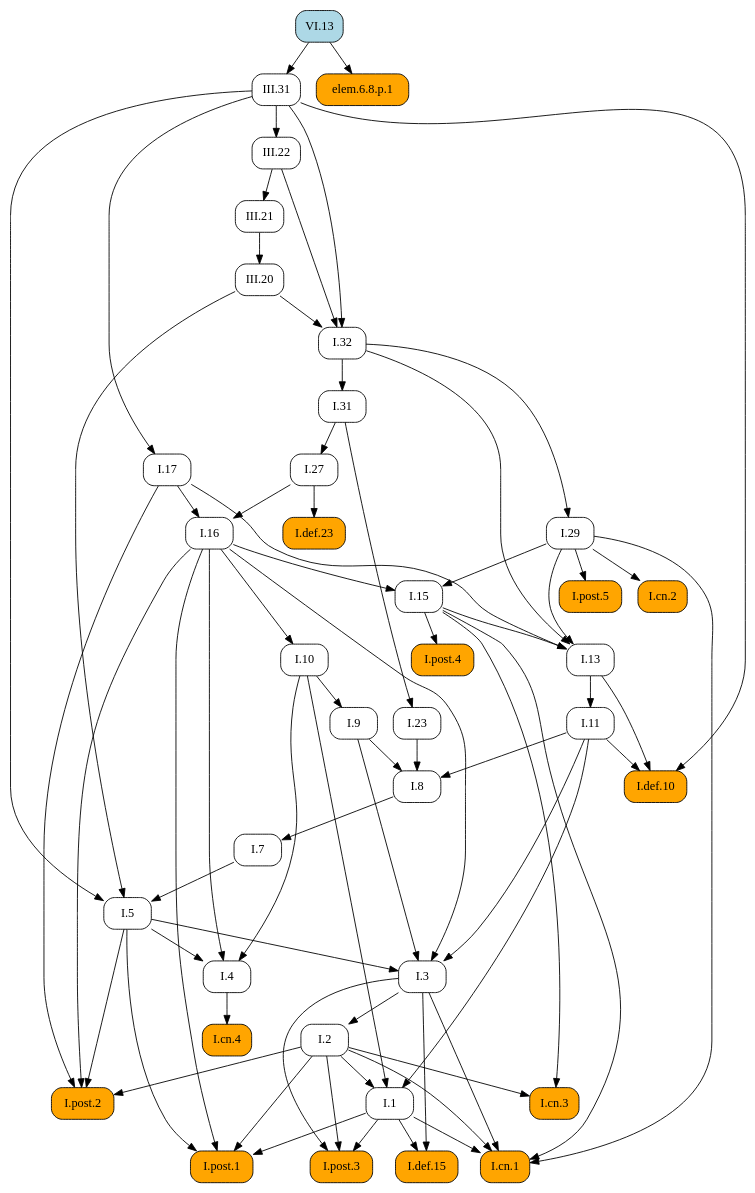
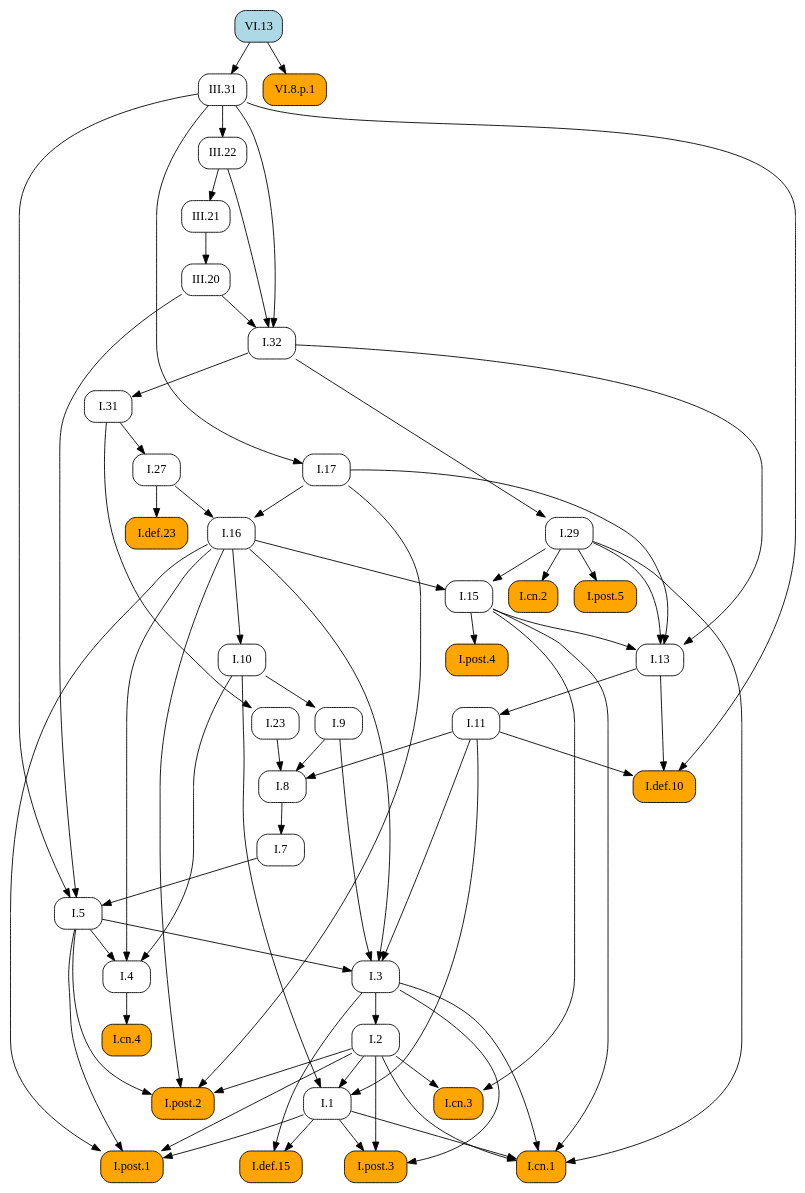
Before and after one commit to geometor/elements: the diagram in docsrc/heath/VI/13/index.rst, drawn with Graphviz. The commit also changed other lines of this file and 484 other files, not shown here.

```diff
--- a/docsrc/heath/VI/13/index.rst
+++ b/docsrc/heath/VI/13/index.rst
@@ -37,111 +37,111 @@
    digraph {
      rankdir="TB";
      node [shape=box, style=rounded];
-     "I.def.10" [style="rounded,filled", fillcolor=orange, URL="/heath/I/def.10/", target="_top"];
-     "I.11" [URL="/heath/I/11/", target="_top"];
-     "I.post.4" [style="rounded,filled", fillcolor=orange, URL="/heath/I/post.4/", target="_top"];
-     "I.1" [URL="/heath/I/1/", target="_top"];
-     "I.29" [URL="/heath/I/29/", target="_top"];
-     "III.20" [URL="/heath/III/20/", target="_top"];
-     "I.cn.2" [style="rounded,filled", fillcolor=orange, URL="/heath/I/cn.2/", target="_top"];
-     "III.31" [URL="/heath/III/31/", target="_top"];
+     "I.23" [URL="/heath/I/23/", target="_top"];
+     "I.9" [URL="/heath/I/9/", target="_top"];
+     "I.32" [URL="/heath/I/32/", target="_top"];
      "I.def.15" [style="rounded,filled", fillcolor=orange, URL="/heath/I/def.15/", target="_top"];
      "I.post.3" [style="rounded,filled", fillcolor=orange, URL="/heath/I/post.3/", target="_top"];
+     "I.post.1" [style="rounded,filled", fillcolor=orange, URL="/heath/I/post.1/", target="_top"];
+     "III.20" [URL="/heath/III/20/", target="_top"];
+     "I.31" [URL="/heath/I/31/", target="_top"];
+     "III.22" [URL="/heath/III/22/", target="_top"];
+     "I.def.10" [style="rounded,filled", fillcolor=orange, URL="/heath/I/def.10/", target="_top"];
+     "VI.8.p.1" [style="rounded,filled", fillcolor=orange];
+     "VI.13" [style="rounded,filled", fillcolor=lightblue, URL="/heath/VI/13/", target="_top"];
+     "I.27" [URL="/heath/I/27/", target="_top"];
+     "I.3" [URL="/heath/I/3/", target="_top"];
      "I.cn.1" [style="rounded,filled", fillcolor=orange, URL="/heath/I/cn.1/", target="_top"];
+     "I.7" [URL="/heath/I/7/", target="_top"];
+     "I.2" [URL="/heath/I/2/", target="_top"];
+     "I.13" [URL="/heath/I/13/", target="_top"];
+     "I.post.4" [style="rounded,filled", fillcolor=orange, URL="/heath/I/post.4/", target="_top"];
+     "I.4" [URL="/heath/I/4/", target="_top"];
+     "I.1" [URL="/heath/I/1/", target="_top"];
+     "I.5" [URL="/heath/I/5/", target="_top"];
+     "I.17" [URL="/heath/I/17/", target="_top"];
+     "I.8" [URL="/heath/I/8/", target="_top"];
+     "I.29" [URL="/heath/I/29/", target="_top"];
      "I.cn.3" [style="rounded,filled", fillcolor=orange, URL="/heath/I/cn.3/", target="_top"];
-     "I.23" [URL="/heath/I/23/", target="_top"];
-     "I.post.1" [style="rounded,filled", fillcolor=orange, URL="/heath/I/post.1/", target="_top"];
-     "I.27" [URL="/heath/I/27/", target="_top"];
-     "I.7" [URL="/heath/I/7/", target="_top"];
-     "I.3" [URL="/heath/I/3/", target="_top"];
-     "I.2" [URL="/heath/I/2/", target="_top"];
-     "I.4" [URL="/heath/I/4/", target="_top"];
+     "I.16" [URL="/heath/I/16/", target="_top"];
+     "III.31" [URL="/heath/III/31/", target="_top"];
+     "I.15" [URL="/heath/I/15/", target="_top"];
+     "I.10" [URL="/heath/I/10/", target="_top"];
+     "I.11" [URL="/heath/I/11/", target="_top"];
      "I.def.23" [style="rounded,filled", fillcolor=orange, URL="/heath/I/def.23/", target="_top"];
-     "I.13" [URL="/heath/I/13/", target="_top"];
-     "I.17" [URL="/heath/I/17/", target="_top"];
+     "I.cn.2" [style="rounded,filled", fillcolor=orange, URL="/heath/I/cn.2/", target="_top"];
+     "I.post.5" [style="rounded,filled", fillcolor=orange, URL="/heath/I/post.5/", target="_top"];
+     "III.21" [URL="/heath/III/21/", target="_top"];
+     "I.cn.4" [style="rounded,filled", fillcolor=orange, URL="/heath/I/cn.4/", target="_top"];
      "I.post.2" [style="rounded,filled", fillcolor=orange, URL="/heath/I/post.2/", target="_top"];
-     "I.31" [URL="/heath/I/31/", target="_top"];
-     "I.16" [URL="/heath/I/16/", target="_top"];
-     "I.9" [URL="/heath/I/9/", target="_top"];
-     "I.32" [URL="/heath/I/32/", target="_top"];
-     "I.8" [URL="/heath/I/8/", target="_top"];
-     "I.cn.4" [style="rounded,filled", fillcolor=orange, URL="/heath/I/cn.4/", target="_top"];
-     "VI.13" [style="rounded,filled", fillcolor=lightblue, URL="/heath/VI/13/", target="_top"];
-     "I.15" [URL="/heath/I/15/", target="_top"];
-     "III.21" [URL="/heath/III/21/", target="_top"];
-     "III.22" [URL="/heath/III/22/", target="_top"];
-     "I.post.5" [style="rounded,filled", fillcolor=orange, URL="/heath/I/post.5/", target="_top"];
-     "elem.6.8.p.1" [style="rounded,filled", fillcolor=orange];
-     "I.10" [URL="/heath/I/10/", target="_top"];
-     "I.5" [URL="/heath/I/5/", target="_top"];
-     "I.11" -> "I.def.10";
-     "I.13" -> "I.def.10";
-     "III.31" -> "I.def.10";
-     "I.13" -> "I.11";
-     "I.15" -> "I.post.4";
-     "I.2" -> "I.1";
-     "I.10" -> "I.1";
-     "I.11" -> "I.1";
-     "I.32" -> "I.29";
-     "III.21" -> "III.20";
-     "I.29" -> "I.cn.2";
-     "VI.13" -> "III.31";
+     "I.31" -> "I.23";
+     "I.10" -> "I.9";
+     "III.20" -> "I.32";
+     "III.22" -> "I.32";
+     "III.31" -> "I.32";
      "I.1" -> "I.def.15";
      "I.3" -> "I.def.15";
      "I.1" -> "I.post.3";
      "I.2" -> "I.post.3";
      "I.3" -> "I.post.3";
+     "I.1" -> "I.post.1";
+     "I.2" -> "I.post.1";
+     "I.5" -> "I.post.1";
+     "I.16" -> "I.post.1";
+     "III.21" -> "III.20";
+     "I.32" -> "I.31";
+     "III.31" -> "III.22";
+     "I.11" -> "I.def.10";
+     "I.13" -> "I.def.10";
+     "III.31" -> "I.def.10";
+     "VI.13" -> "VI.8.p.1";
+     "I.31" -> "I.27";
+     "I.5" -> "I.3";
+     "I.9" -> "I.3";
+     "I.11" -> "I.3";
+     "I.16" -> "I.3";
      "I.1" -> "I.cn.1";
      "I.2" -> "I.cn.1";
      "I.3" -> "I.cn.1";
      "I.15" -> "I.cn.1";
      "I.29" -> "I.cn.1";
-     "I.2" -> "I.cn.3";
-     "I.15" -> "I.cn.3";
-     "I.31" -> "I.23";
-     "I.1" -> "I.post.1";
-     "I.2" -> "I.post.1";
-     "I.5" -> "I.post.1";
-     "I.16" -> "I.post.1";
-     "I.31" -> "I.27";
      "I.8" -> "I.7";
-     "I.5" -> "I.3";
-     "I.9" -> "I.3";
-     "I.11" -> "I.3";
-     "I.16" -> "I.3";
      "I.3" -> "I.2";
-     "I.5" -> "I.4";
-     "I.10" -> "I.4";
-     "I.16" -> "I.4";
-     "I.27" -> "I.def.23";
      "I.15" -> "I.13";
      "I.17" -> "I.13";
      "I.29" -> "I.13";
      "I.32" -> "I.13";
+     "I.15" -> "I.post.4";
+     "I.5" -> "I.4";
+     "I.10" -> "I.4";
+     "I.16" -> "I.4";
+     "I.2" -> "I.1";
+     "I.10" -> "I.1";
+     "I.11" -> "I.1";
+     "I.7" -> "I.5";
+     "III.20" -> "I.5";
+     "III.31" -> "I.5";
      "III.31" -> "I.17";
+     "I.9" -> "I.8";
+     "I.11" -> "I.8";
+     "I.23" -> "I.8";
+     "I.32" -> "I.29";
+     "I.2" -> "I.cn.3";
+     "I.15" -> "I.cn.3";
+     "I.17" -> "I.16";
+     "I.27" -> "I.16";
+     "VI.13" -> "III.31";
+     "I.16" -> "I.15";
+     "I.29" -> "I.15";
+     "I.16" -> "I.10";
+     "I.13" -> "I.11";
+     "I.27" -> "I.def.23";
+     "I.29" -> "I.cn.2";
+     "I.29" -> "I.post.5";
+     "III.22" -> "III.21";
+     "I.4" -> "I.cn.4";
      "I.2" -> "I.post.2";
      "I.5" -> "I.post.2";
      "I.16" -> "I.post.2";
      "I.17" -> "I.post.2";
-     "I.32" -> "I.31";
-     "I.17" -> "I.16";
-     "I.27" -> "I.16";
-     "I.10" -> "I.9";
-     "III.20" -> "I.32";
-     "III.22" -> "I.32";
-     "III.31" -> "I.32";
-     "I.9" -> "I.8";
-     "I.11" -> "I.8";
-     "I.23" -> "I.8";
-     "I.4" -> "I.cn.4";
-     "I.16" -> "I.15";
-     "I.29" -> "I.15";
-     "III.22" -> "III.21";
-     "III.31" -> "III.22";
-     "I.29" -> "I.post.5";
-     "VI.13" -> "elem.6.8.p.1";
-     "I.16" -> "I.10";
-     "I.7" -> "I.5";
-     "III.20" -> "I.5";
-     "III.31" -> "I.5";
    }
```
